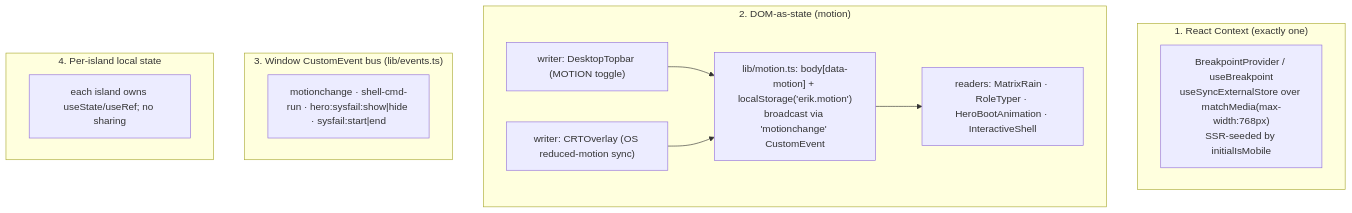
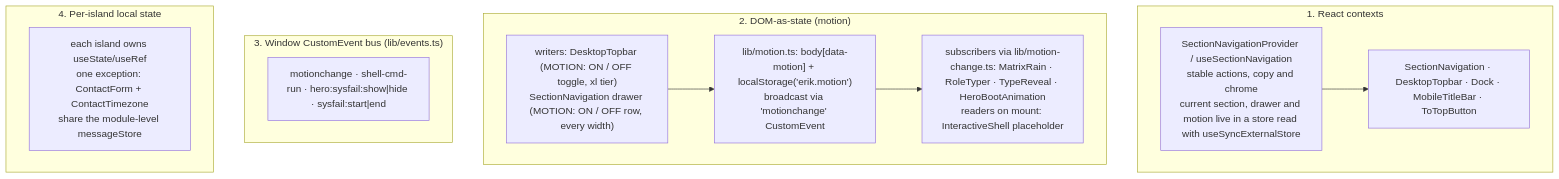
One commit to erikunha/portfolio changed the second of 2 diagrams in docs/04-components-and-state.md. Above: the diagram before and after it, drawn with Mermaid. The commit also changed other lines of this file and 1307 other files, not shown here.

````diff
--- a/docs/04-components-and-state.md
+++ b/docs/04-components-and-state.md
@@ -80,18 +112,18 @@
 ```mermaid
 flowchart TD
-    subgraph ctx["1. React Context (exactly one)"]
-        bp["BreakpointProvider / useBreakpoint<br/>useSyncExternalStore over matchMedia(max-width:768px)<br/>SSR-seeded by initialIsMobile"]
+    subgraph ctx["1. React contexts"]
+        navigation["SectionNavigationProvider / useSectionNavigation<br/>stable actions, copy and chrome<br/>current section, drawer and motion live in a store read with useSyncExternalStore"]
+        navigation --> consumers["SectionNavigation · DesktopTopbar · Dock · MobileTitleBar · ToTopButton"]
     end
     subgraph dom["2. DOM-as-state (motion)"]
         motion["lib/motion.ts: body[data-motion] + localStorage('erik.motion')<br/>broadcast via 'motionchange' CustomEvent"]
-        w1["writer: DesktopTopbar (MOTION toggle)"] --> motion
-        w2["writer: CRTOverlay (OS reduced-motion sync)"] --> motion
-        motion --> r1["readers: MatrixRain · RoleTyper · HeroBootAnimation · InteractiveShell"]
+        w1["writers: DesktopTopbar (MOTION: ON / OFF toggle, xl tier)<br/>SectionNavigation drawer (MOTION: ON / OFF row, every width)"] --> motion
+        motion --> r1["subscribers via lib/motion-change.ts: MatrixRain · RoleTyper · TypeReveal · HeroBootAnimation<br/>readers on mount: InteractiveShell placeholder"]
     end
     subgraph bus["3. Window CustomEvent bus (lib/events.ts)"]
         ev["motionchange · shell-cmd-run · hero:sysfail:show|hide · sysfail:start|end"]
     end
     subgraph local["4. Per-island local state"]
-        li["each island owns useState/useRef; no sharing"]
+        li["each island owns useState/useRef<br/>one exception: ContactForm + ContactTimezone<br/>share the module-level messageStore"]
     end
 ```
````
